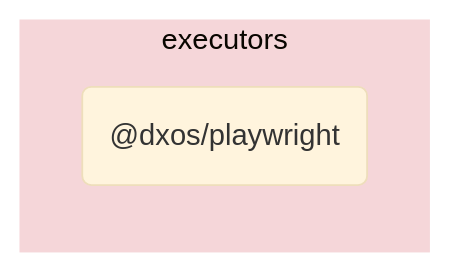
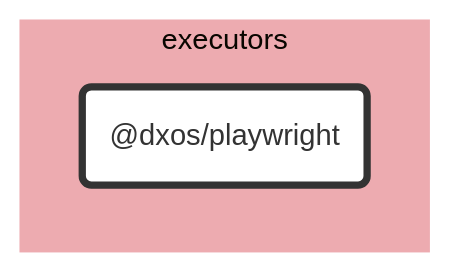
Before and after one commit to dxos/dxos: the diagram in tools/executors/playwright/docs/README.md, drawn with Mermaid (base theme). The commit also changed other lines of this file and 89 other files, not shown here.

````diff
--- a/tools/executors/playwright/docs/README.md
+++ b/tools/executors/playwright/docs/README.md
@@ -5,9 +7,25 @@
 ```mermaid
-flowchart LR;
+%%{ init: {'flowchart':{'curve':'basis'}} }%%
 
+flowchart LR
+
+%% Links
+
+%% Sections
 subgraph executors
-  style executors fill:#f5d6d9,stroke:#fff;
-  dxos/playwright("@dxos/playwright");
+  style executors fill:#edabb0,stroke:#fff;
+
+  dxos/playwright("@dxos/playwright")
 end
 
+
+%% Hyperlinks
+
+%% Styles
+classDef rootNode fill:#fff,stroke:#333,stroke-width:4px
+classDef defaultNode fill:#fff,stroke:#333,stroke-width:1px
+linkStyle default stroke:#333,stroke-width:1px
+
+dxos/playwright:::rootNode
+
 ```
````
